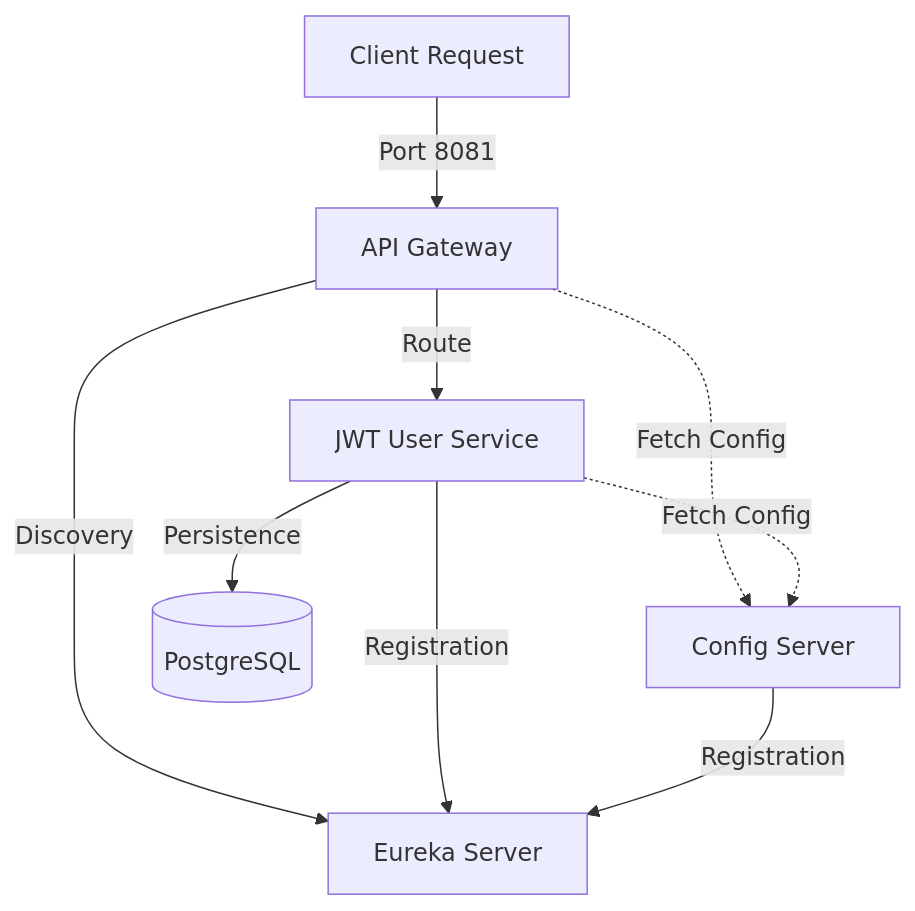
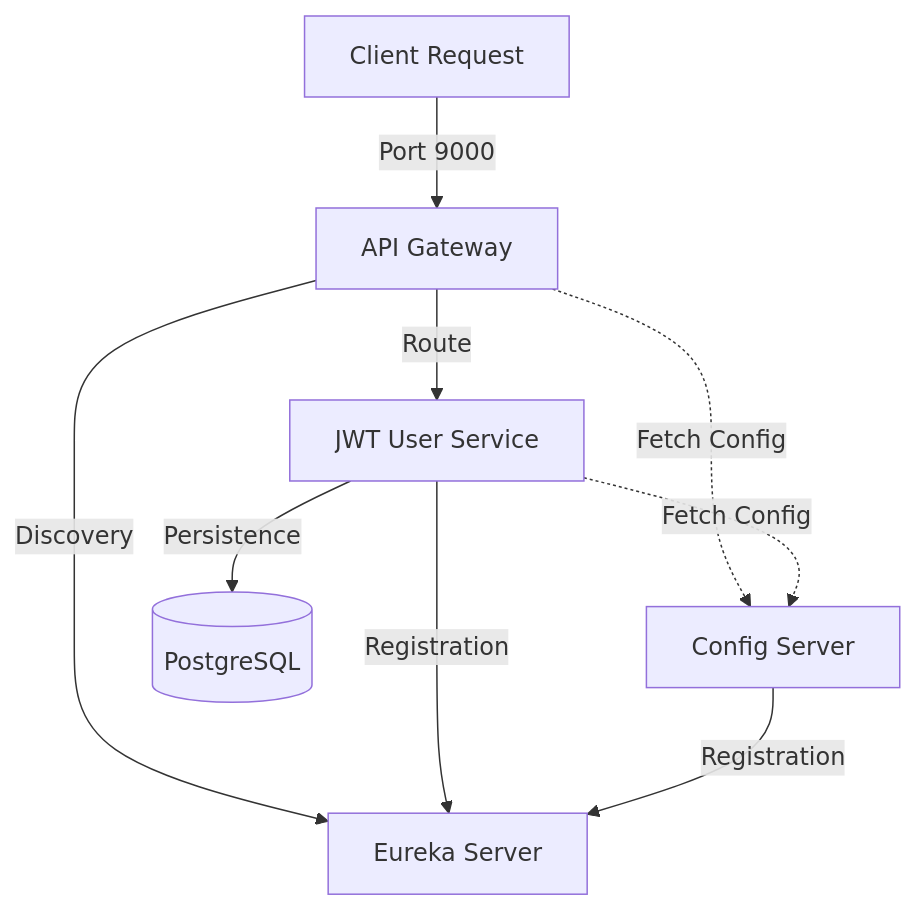
The diagram in README.md (jorge00ESP/java-backend-default-project), drawn with Mermaid before and after one commit. The commit also changed other lines of this file, not shown here.

````diff
--- a/README.md
+++ b/README.md
@@ -16,14 +16,14 @@
 ```mermaid
 graph TD
-    Client[Client Request] -->|Port 8081| Gateway[API Gateway]
+    Client[Client Request] -->|Port 9000| Gateway[API Gateway]
     Gateway -->|Discovery| Eureka[Eureka Server]
     Gateway -->|Route| JWTService[JWT User Service]
     
     JWTService -->|Registration| Eureka
     ConfigService -->|Registration| Eureka
     
     Gateway -.->|Fetch Config| ConfigService[Config Server]
     JWTService -.->|Fetch Config| ConfigService
     
     JWTService -->|Persistence| DB[(PostgreSQL)]
 ```
````
